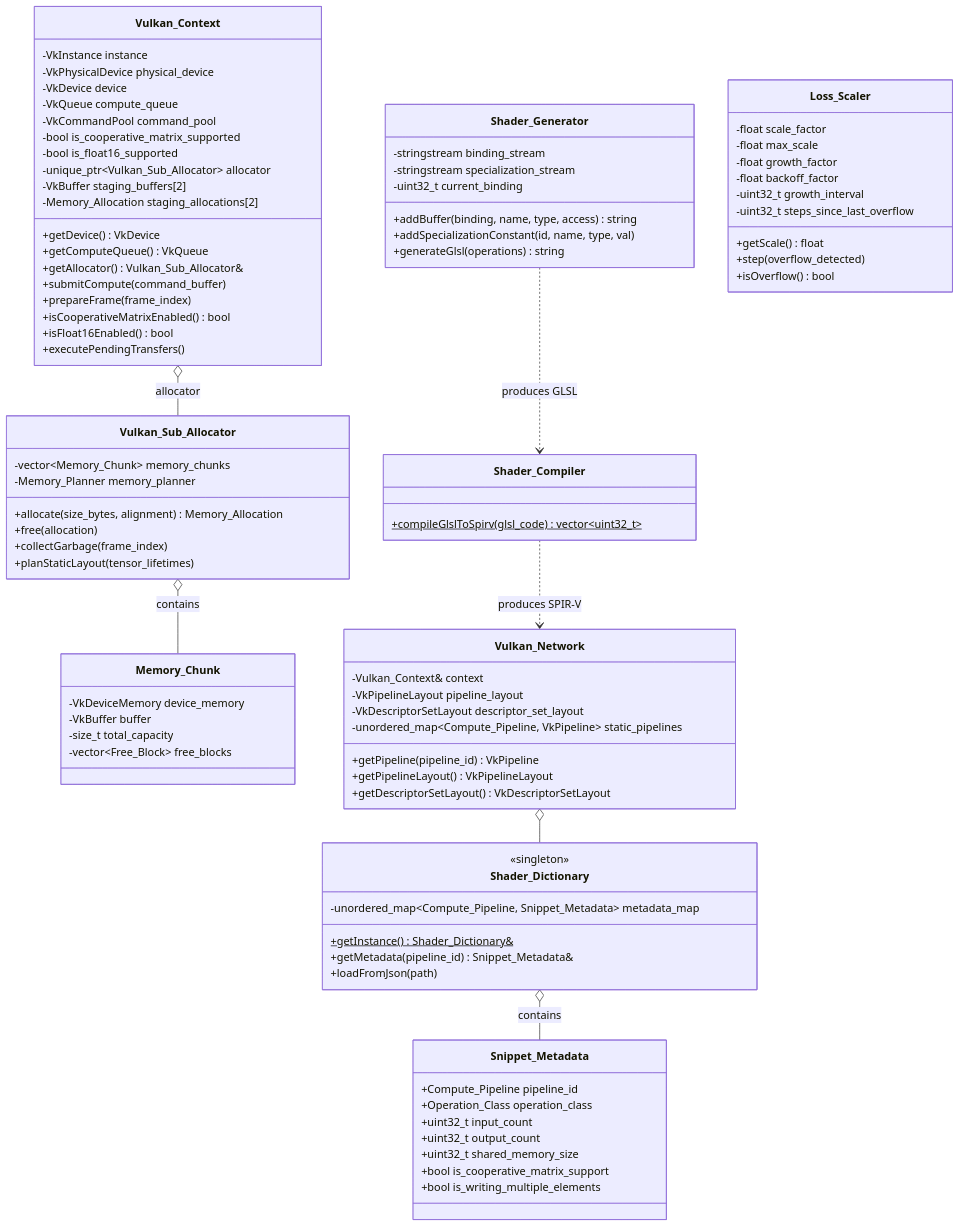
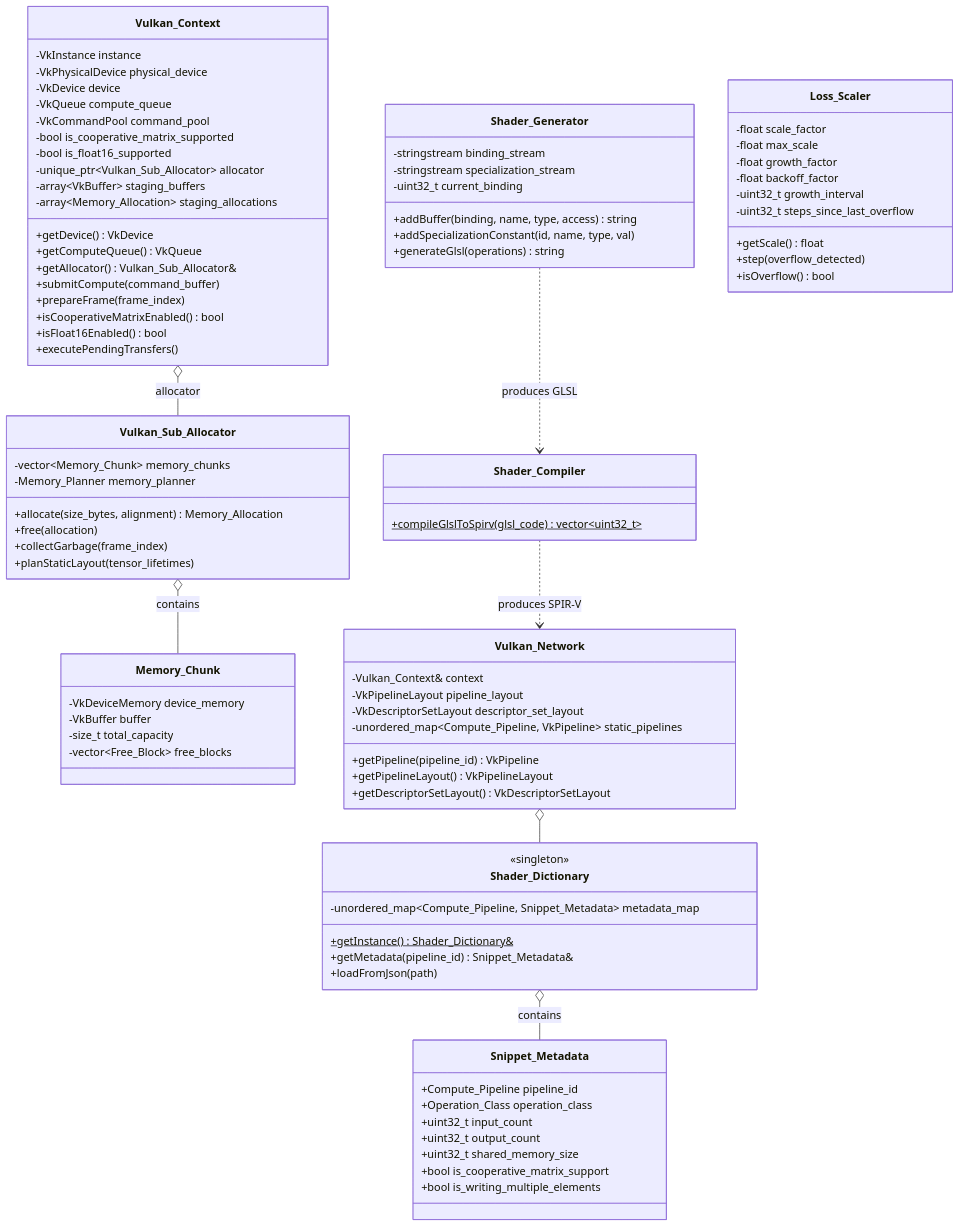
One commit to HungVQ1991/VulkanML changed the fifth of 11 diagrams in architechture.md. Above: the diagram before and after it, drawn with Mermaid. The commit also changed other lines of this file, not shown here.

```diff
--- a/architechture.md
+++ b/architechture.md
@@ -462,8 +462,8 @@
         -bool is_cooperative_matrix_supported
         -bool is_float16_supported
         -unique_ptr~Vulkan_Sub_Allocator~ allocator
-        -VkBuffer staging_buffers[2]
-        -Memory_Allocation staging_allocations[2]
+        -array~VkBuffer~ staging_buffers
+        -array~Memory_Allocation~ staging_allocations
         +getDevice() VkDevice
         +getComputeQueue() VkQueue
         +getAllocator() Vulkan_Sub_Allocator&
```
